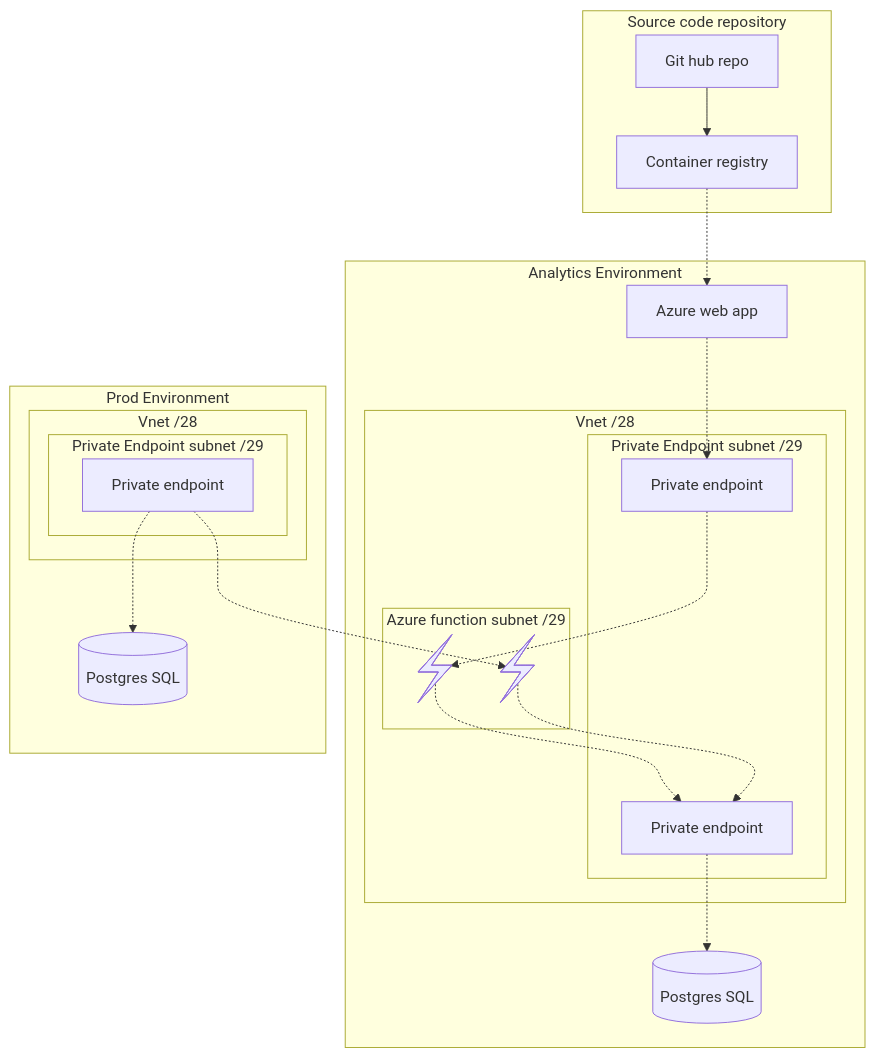
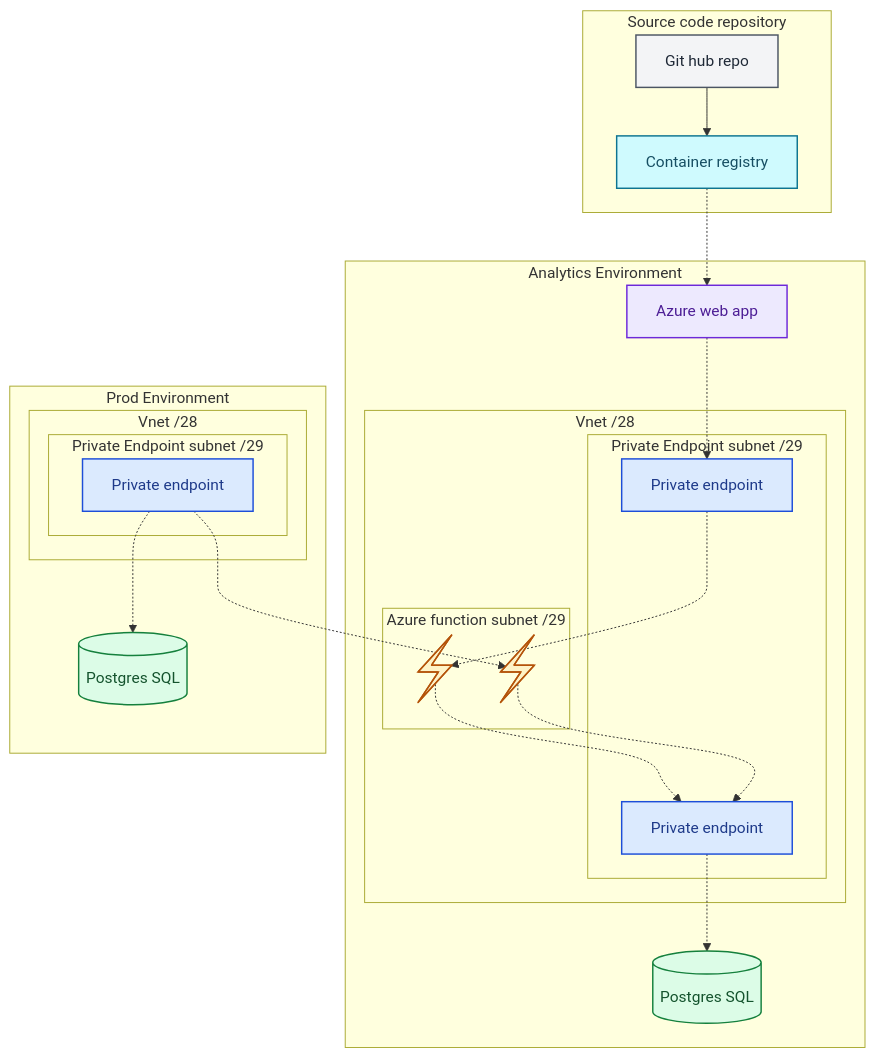
One commit to Banele252/facial_biometric_poc changed the diagram in Documents/Management console/Design/architectural-design.mermaid. Above: the diagram before and after it, drawn with Mermaid. The commit also changed 1 other file, not shown here.

```diff
--- a/Documents/Management console/Design/architectural-design.mermaid
+++ b/Documents/Management console/Design/architectural-design.mermaid
@@ -1,38 +1,52 @@
 flowchart TB
     subgraph "Analytics Environment"
         subgraph "Vnet /28"
             subgraph "Azure function subnet /29"
                 C@{shape: bolt,label: "Azure function"}
                 J@{shape: bolt,label: "Azure function"}
             end
             subgraph "Private Endpoint subnet /29"
                 D@{shape: rect,label: "Private endpoint"} 
                 K@{shape: rect,label: "Private endpoint"} 
             end
             
         end
         F@{shape: rect,label: "Azure web app"}
         E@{shape: database,label: "Postgres SQL"}
         C -.-> D
         D -.-> E
         F -.-> K
         K -.-> J
         J -.-> D
     end
     subgraph "Prod Environment"
         A@{shape: database,label: "Postgres SQL"}
         subgraph "Vnet /28"
         subgraph "Private Endpoint subnet /29"
             B@{shape: rect,label: "Private endpoint"}
         end
         end
         B -.-> A
     end 
 
     subgraph "Source code repository"
         G@{shape: rect,label: "Container registry"}
         H@{shape: rect,label: "Git hub repo"}
         H-->G
     end 
     B -.-> C
     G -.-> F
+
+    classDef func fill:#fef3c7,stroke:#b45309,stroke-width:1.5px,color:#7c2d12
+    classDef endpoint fill:#dbeafe,stroke:#1d4ed8,stroke-width:1.5px,color:#1e3a8a
+    classDef db fill:#dcfce7,stroke:#15803d,stroke-width:1.5px,color:#14532d
+    classDef webapp fill:#ede9fe,stroke:#6d28d9,stroke-width:1.5px,color:#4c1d95
+    classDef registry fill:#cffafe,stroke:#0e7490,stroke-width:1.5px,color:#164e63
+    classDef repo fill:#f3f4f6,stroke:#4b5563,stroke-width:1.5px,color:#1f2937
+
+    class C,J func
+    class D,K,B endpoint
+    class E,A db
+    class F webapp
+    class G registry
+    class H repo
```
